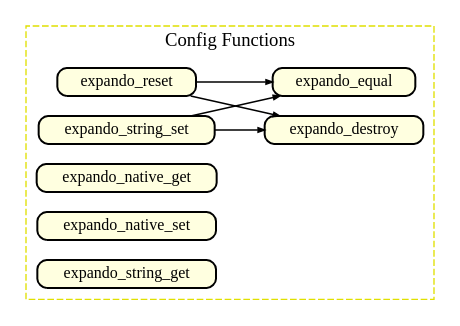
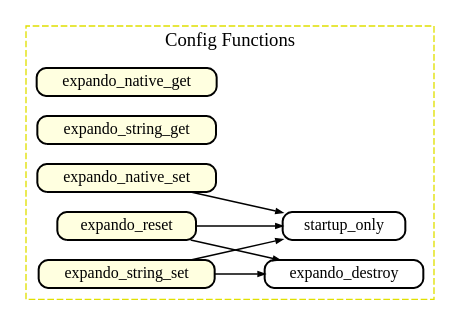
One commit to neomutt/test-gfx changed the diagram in 2024-01-25_expando/expando-config.gv. Above: the diagram before and after it, drawn with Graphviz. The commit also changed 9 other files, not shown here.

```diff
--- a/2024-01-25_expando/expando-config.gv
+++ b/2024-01-25_expando/expando-config.gv
@@ -1,41 +1,45 @@
 digraph callgraph {
 	graph [
 		rankdir="LR"
 		nodesep="0.2"
 		ranksep="0.5"
 		compound="true"
 	]
 
 	node [
 		shape="Mrecord"
 		fontsize="12"
 		fillcolor="#ffffff"
 		style="filled"
 		height="0.2"
 		penwidth="1.5"
 		color="black"
 	]
 
 	edge [
 		penwidth="1.0"
 		arrowsize="0.5"
 	]
 
 	subgraph cluster_config
 	{
 		fontcolor="black"
 		color="#e0e000"
 		fillcolor="white"
 		style="dashed"
 		label="Config Functions"
 
+		node [ fillcolor="#ffffff" ]
+		expando_destroy
+		startup_only
+
 		node [ fillcolor="#ffffe0" ]
+		expando_native_get
+		expando_string_get
+		expando_native_set -> startup_only
 		expando_reset      -> expando_destroy
-		expando_reset      -> expando_equal
+		expando_reset      -> startup_only
 		expando_string_set -> expando_destroy
-		expando_string_set -> expando_equal
-		expando_native_get    
-		expando_native_set    
-		expando_string_get    
+		expando_string_set -> startup_only
 	}
 }
```
